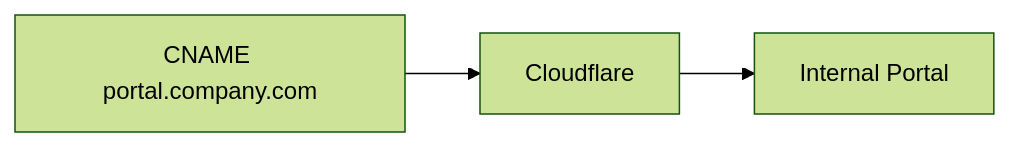
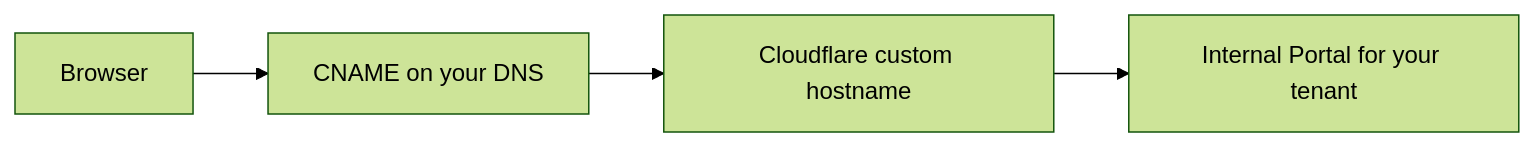
One commit to qefro-ai/qefro-documentation changed the diagram in docs/platform/custom-domains.mdx. Above: the diagram before and after it, drawn with Mermaid (forest theme). The commit also changed other lines of this file and 17 other files, not shown here.

````diff
--- a/docs/platform/custom-domains.mdx
+++ b/docs/platform/custom-domains.mdx
@@ -37,5 +34,6 @@
 ```mermaid
 flowchart LR
-  DNS[CNAME portal.company.com] --> CF[Cloudflare]
-  CF --> Portal[Internal Portal]
+  Browser --> DNS[CNAME on your DNS]
+  DNS --> CF[Cloudflare custom hostname]
+  CF --> Portal[Internal Portal for your tenant]
 ```
````
